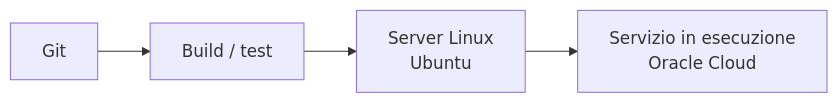
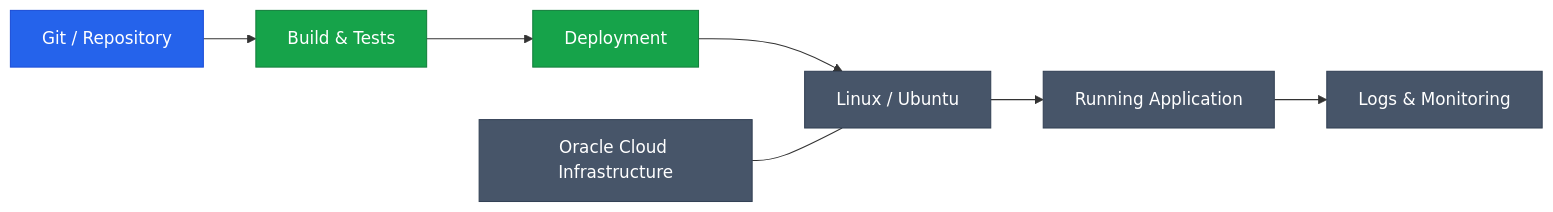
Before and after one commit to leosalazar97/leosalazar97: the fifth of 5 diagrams in README.md, drawn with Mermaid. The commit also changed other lines of this file, not shown here.

````diff
--- a/README.md
+++ b/README.md
@@ -126,6 +161,17 @@
 ```mermaid
 flowchart LR
-    A[Git] --> B[Build / test]
-    B --> C[Server Linux<br/>Ubuntu]
-    C --> D[Servizio in esecuzione<br/>Oracle Cloud]
+    A[Git / Repository] --> B[Build & Tests]
+    B --> C[Deployment]
+    C --> D[Linux / Ubuntu]
+    D --> E[Running Application]
+    E --> F[Logs & Monitoring]
+
+    G[Oracle Cloud Infrastructure] --- D
+
+    classDef code fill:#2563eb,color:#fff,stroke:#1d4ed8
+    classDef process fill:#16a34a,color:#fff,stroke:#15803d
+    classDef infra fill:#475569,color:#fff,stroke:#334155
+    class A code
+    class B,C process
+    class D,E,F,G infra
 ```
````
